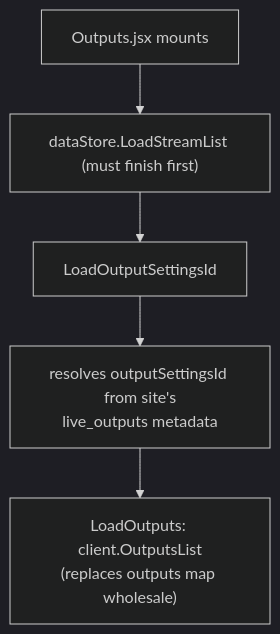
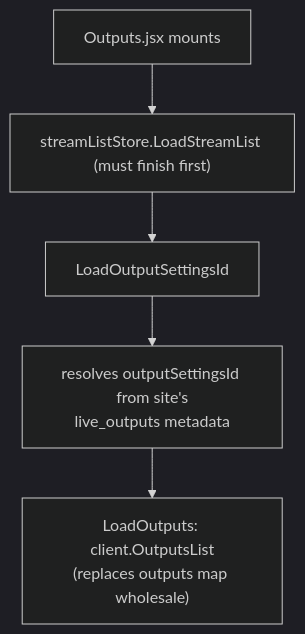
One commit to eluv-io/elv-live-stream changed the first of 5 diagrams in docs/diagrams/output-lifecycle.md. Above: the diagram before and after it, drawn with Mermaid (dark theme). The commit also changed other lines of this file and 118 other files, not shown here.

````diff
--- a/docs/diagrams/output-lifecycle.md
+++ b/docs/diagrams/output-lifecycle.md
@@ -7,7 +7,7 @@
 ```mermaid
 flowchart TD
-    A[Outputs.jsx mounts] --> B["dataStore.LoadStreamList (must finish first)"]
+    A[Outputs.jsx mounts] --> B["streamListStore.LoadStreamList (must finish first)"]
     B --> C[LoadOutputSettingsId]
     C --> D["resolves outputSettingsId from site's<br/>live_outputs metadata"]
     D --> E["LoadOutputs: client.OutputsList<br/>(replaces outputs map wholesale)"]
 ```
````
